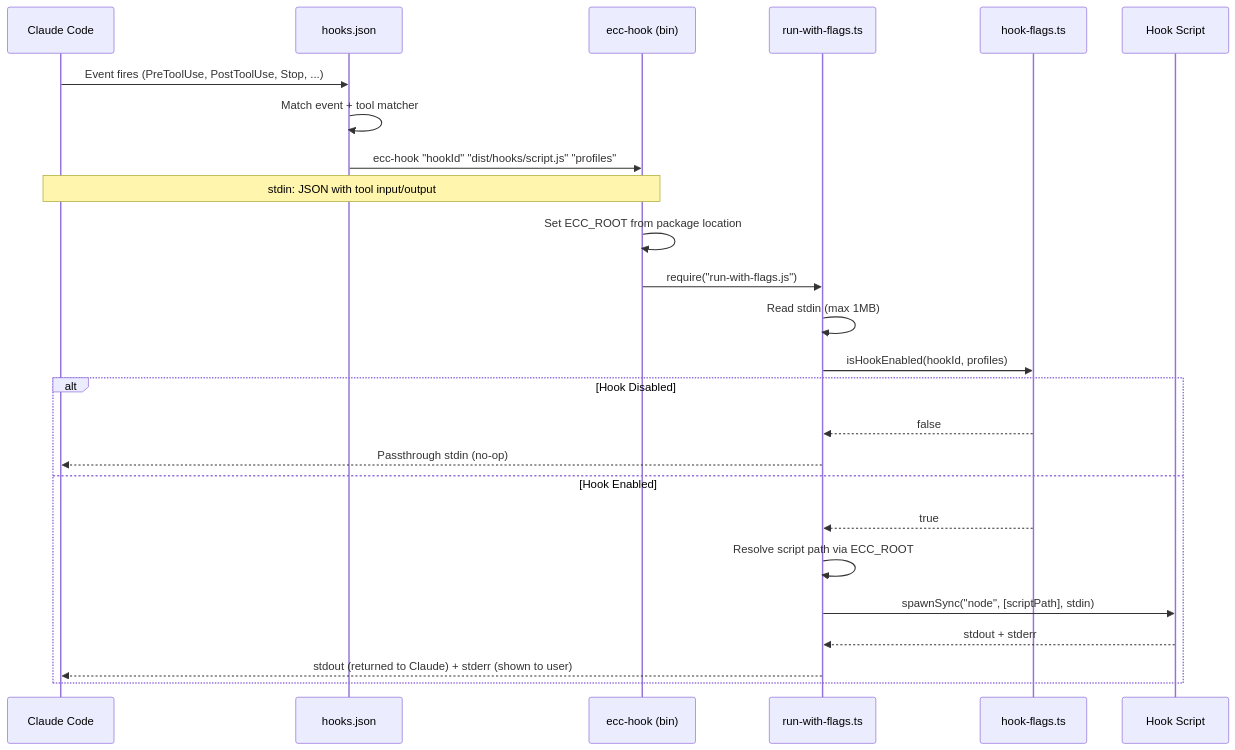
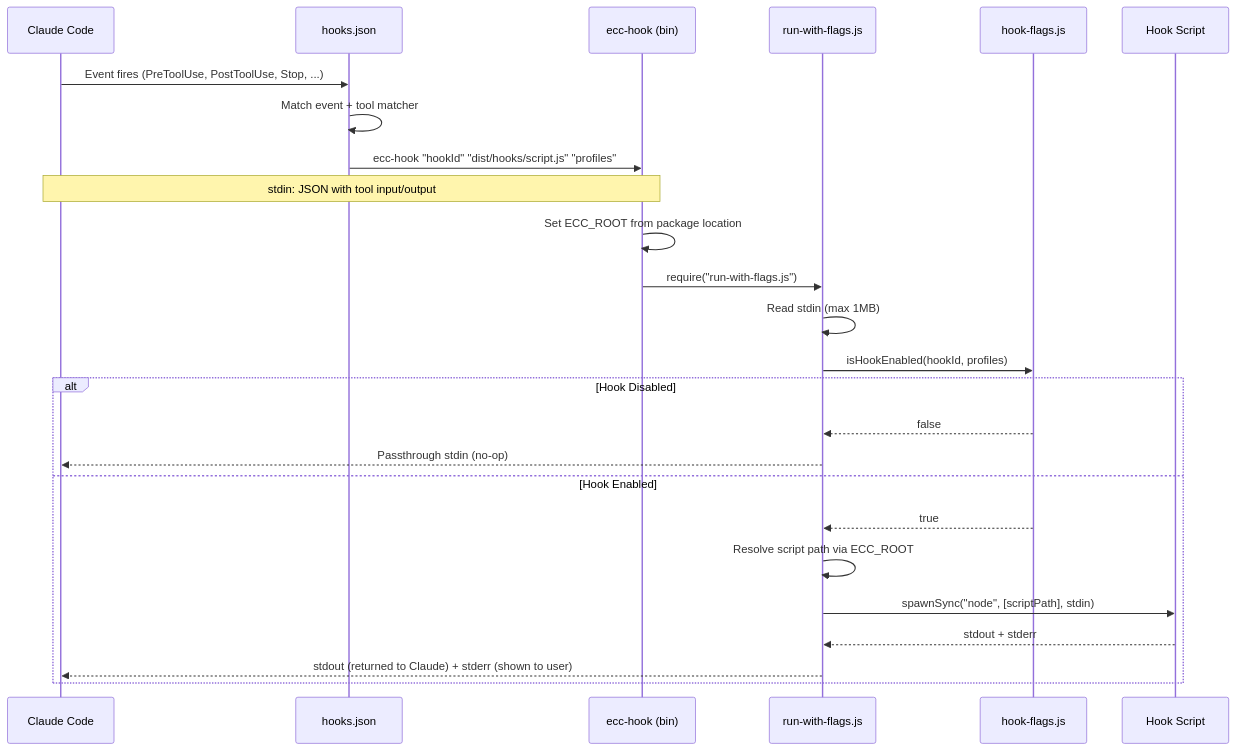
Before and after one commit to LEBOCQTitouan/everything-claude-code: the diagram in docs/diagrams/hook-execution-flow.md, drawn with Mermaid. The commit also changed 4 other files, not shown here.

First line of the commit message:
docs: fix stale references in diagram source comments

````diff
--- a/docs/diagrams/hook-execution-flow.md
+++ b/docs/diagrams/hook-execution-flow.md
@@ -7,31 +7,31 @@
 ```mermaid
 sequenceDiagram
     participant CC as Claude Code
     participant HJ as hooks.json
     participant EH as ecc-hook (bin)
-    participant RWF as run-with-flags.ts
-    participant HF as hook-flags.ts
+    participant RWF as run-with-flags.js
+    participant HF as hook-flags.js
     participant HS as Hook Script
 
     CC->>HJ: Event fires (PreToolUse, PostToolUse, Stop, ...)
     HJ->>HJ: Match event + tool matcher
     HJ->>EH: ecc-hook "hookId" "dist/hooks/script.js" "profiles"
     Note over CC,EH: stdin: JSON with tool input/output
 
     EH->>EH: Set ECC_ROOT from package location
     EH->>RWF: require("run-with-flags.js")
 
     RWF->>RWF: Read stdin (max 1MB)
     RWF->>HF: isHookEnabled(hookId, profiles)
 
     alt Hook Disabled
         HF-->>RWF: false
         RWF-->>CC: Passthrough stdin (no-op)
     else Hook Enabled
         HF-->>RWF: true
         RWF->>RWF: Resolve script path via ECC_ROOT
         RWF->>HS: spawnSync("node", [scriptPath], stdin)
         HS-->>RWF: stdout + stderr
         RWF-->>CC: stdout (returned to Claude) + stderr (shown to user)
     end
 ```
````
